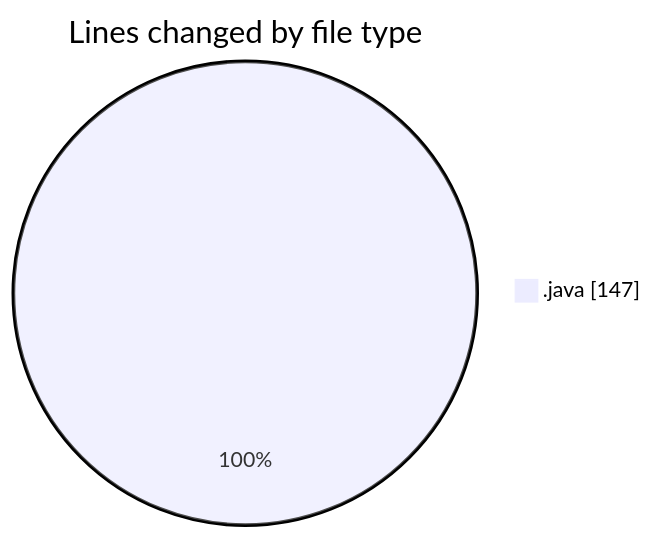
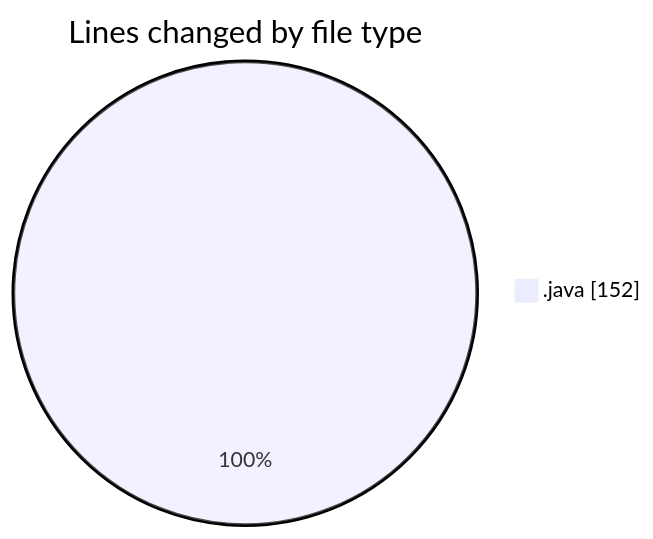
The first of 2 diagrams in 2025-02-10/classwork/README.md (NitaiMahat/code-tracking), drawn with Mermaid before and after one commit. The commit also changed other lines of this file and 1 other file, not shown here.

````diff
--- a/2025-02-10/classwork/README.md
+++ b/2025-02-10/classwork/README.md
@@ -25,5 +25,5 @@
 ```mermaid
 pie showData
 title Lines changed by file type
-".java" : 147
+".java" : 152
 ```
````
